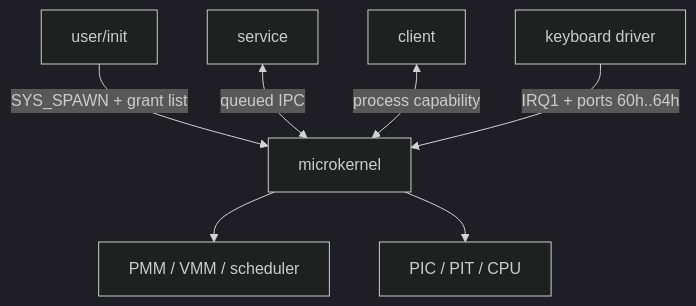
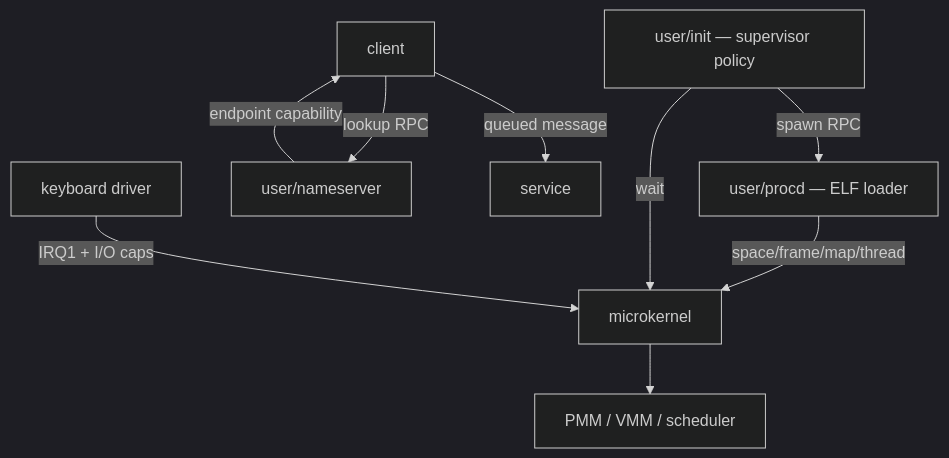
One commit to VladimirKraswov/varania-os changed the first of 2 diagrams in docs/ARCHITECTURE.md. Above: the diagram before and after it, drawn with Mermaid (dark theme). The commit also changed other lines of this file and 27 other files, not shown here.

Commit message:
Move process loading and service discovery to user space

````diff
--- a/docs/ARCHITECTURE.md
+++ b/docs/ARCHITECTURE.md
@@ -17,9 +19,11 @@
 ```mermaid
 flowchart TB
-    I["user/init"] -->|"SYS_SPAWN + grant list"| K["microkernel"]
-    S["service"] <-->|"queued IPC"| K
-    C["client"] <-->|"process capability"| K
-    D["keyboard driver"] -->|"IRQ1 + ports 60h..64h"| K
+    I["user/init — supervisor policy"] -->|"spawn RPC"| P["user/procd — ELF loader"]
+    C["client"] -->|"lookup RPC"| N["user/nameserver"]
+    N -->|"endpoint capability"| C
+    C -->|"queued message"| S["service"]
+    P -->|"space/frame/map/thread"| K["microkernel"]
+    I -->|"wait"| K
+    D["keyboard driver"] -->|"IRQ1 + I/O caps"| K
     K --> M["PMM / VMM / scheduler"]
-    K --> H["PIC / PIT / CPU"]
 ```
````
